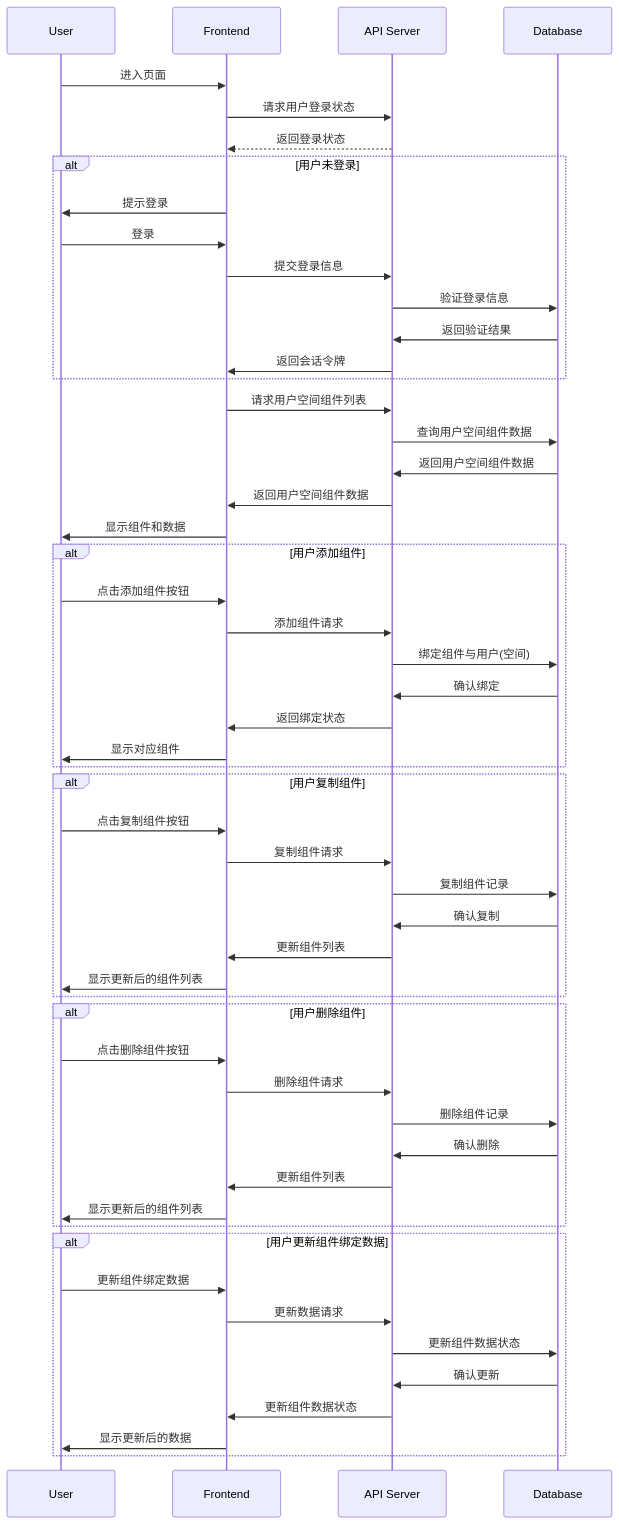
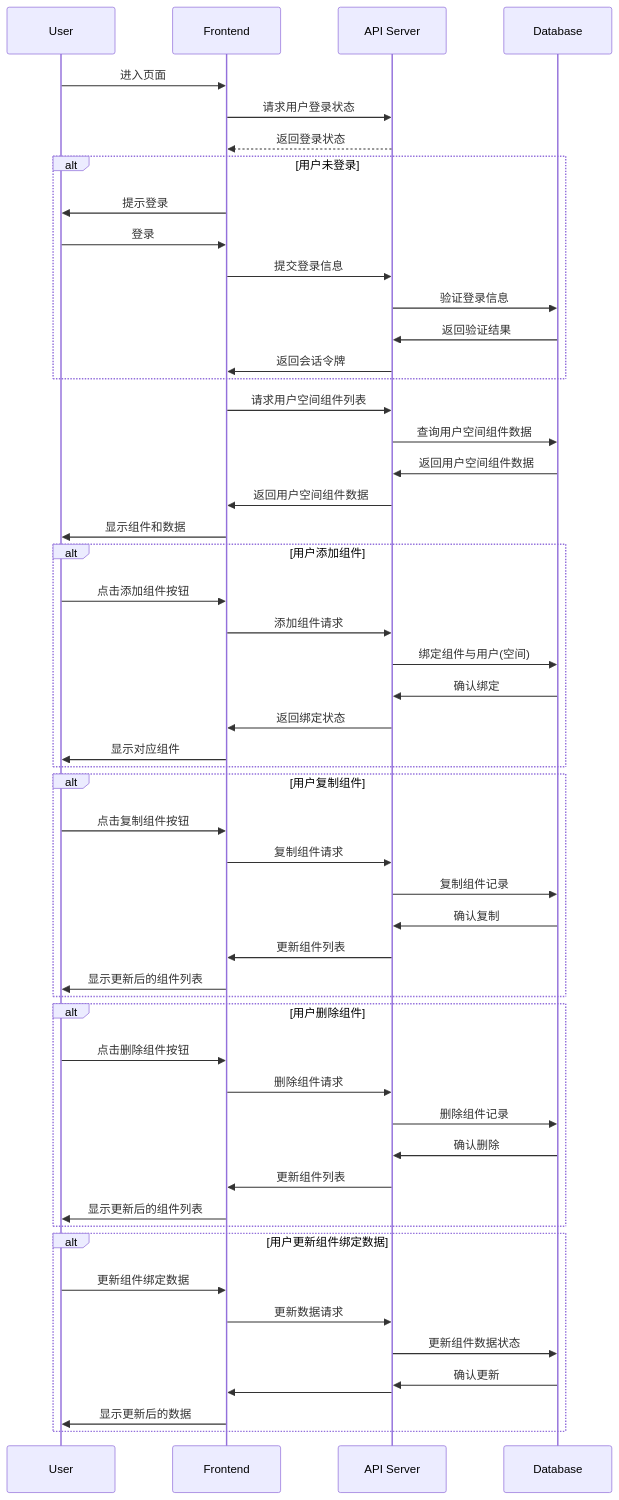
One commit to yingjianzh/iodraw-files changed the diagram in all/未命名-7.md. Above: the diagram before and after it, drawn with Mermaid.

Commit message:
2024-10-09 10:28:36 update

````diff
--- a/all/未命名-7.md
+++ b/all/未命名-7.md
@@ -1,62 +1,62 @@
 ```mermaid
 sequenceDiagram
     participant User
     participant Frontend
     participant API Server
     participant Database
 
     User->>Frontend: 进入页面
     Frontend->>API Server: 请求用户登录状态
     API Server-->>Frontend: 返回登录状态
     alt 用户未登录
         Frontend->>User: 提示登录
         User->>Frontend: 登录
         Frontend->>API Server: 提交登录信息
         API Server->>Database: 验证登录信息
         Database->>API Server: 返回验证结果
         API Server->>Frontend: 返回会话令牌
     end
 
     Frontend->>API Server: 请求用户空间组件列表
     API Server->>Database: 查询用户空间组件数据
     Database->>API Server: 返回用户空间组件数据
     API Server->>Frontend: 返回用户空间组件数据
     Frontend->>User: 显示组件和数据
 
     alt 用户添加组件
         User->>Frontend: 点击添加组件按钮
         Frontend->>API Server: 添加组件请求
         API Server->>Database: 绑定组件与用户(空间)
         Database->>API Server: 确认绑定
         API Server->>Frontend: 返回绑定状态
         Frontend->>User: 显示对应组件
     end
 
     alt 用户复制组件
         User->>Frontend: 点击复制组件按钮
         Frontend->>API Server: 复制组件请求
         API Server->>Database: 复制组件记录
         Database->>API Server: 确认复制
         API Server->>Frontend: 更新组件列表
         Frontend->>User: 显示更新后的组件列表
     end
 
     alt 用户删除组件
         User->>Frontend: 点击删除组件按钮
         Frontend->>API Server: 删除组件请求
         API Server->>Database: 删除组件记录
         Database->>API Server: 确认删除
         API Server->>Frontend: 更新组件列表
         Frontend->>User: 显示更新后的组件列表
     end
 
     alt 用户更新组件绑定数据
         User->>Frontend: 更新组件绑定数据
         Frontend->>API Server: 更新数据请求
         API Server->>Database: 更新组件数据状态
         Database->>API Server: 确认更新
-        API Server->>Frontend: 更新组件数据状态
+        API Server->>Frontend: 
         Frontend->>User: 显示更新后的数据
     end
 
 ```
````
